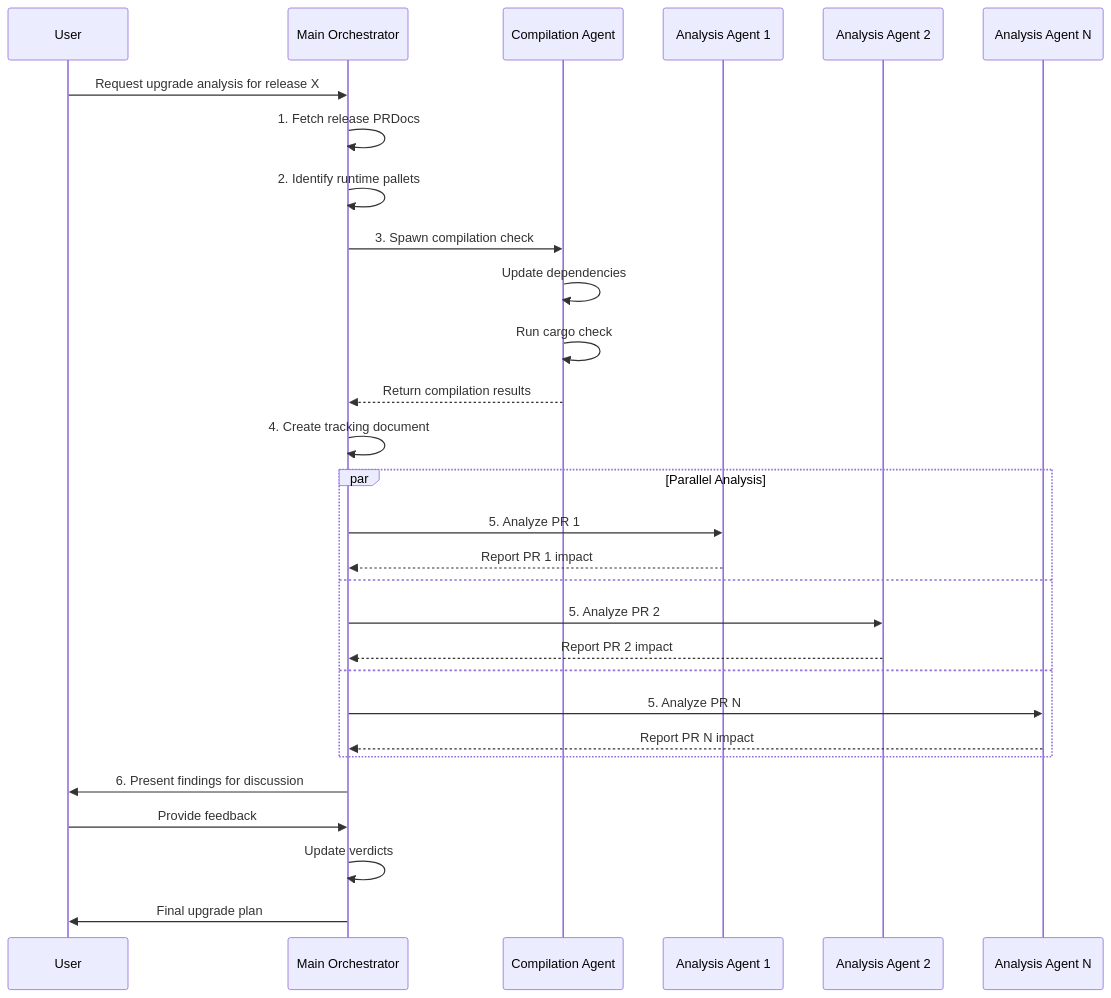
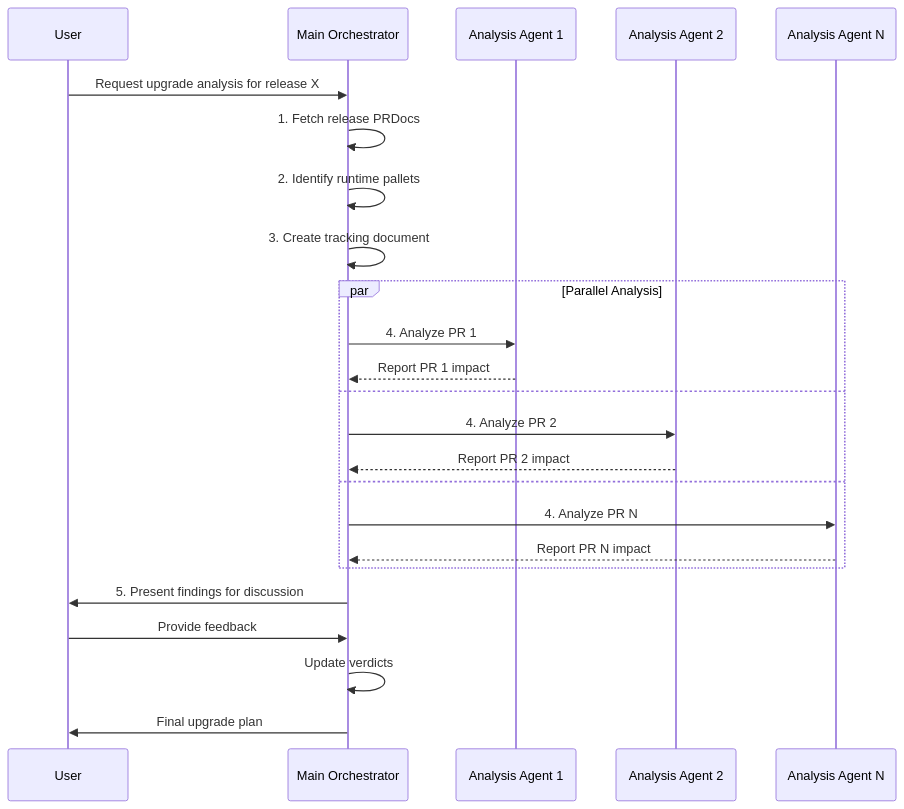
Before and after one commit to Moonsong-Labs/substrate-mcp: the second of 2 diagrams in src/service/prompts/polkadot_upgrade/README.md, drawn with Mermaid. The commit also changed other lines of this file and 1 other file, not shown here.

Commit message:
remove compilation sub agent from workflow

````diff
--- a/src/service/prompts/polkadot_upgrade/README.md
+++ b/src/service/prompts/polkadot_upgrade/README.md
@@ -92,34 +77,29 @@
 ```mermaid
 sequenceDiagram
     participant U as User
     participant M as Main Orchestrator
-    participant C as Compilation Agent
     participant A1 as Analysis Agent 1
     participant A2 as Analysis Agent 2
     participant AN as Analysis Agent N
 
     U->>M: Request upgrade analysis for release X
     M->>M: 1. Fetch release PRDocs
     M->>M: 2. Identify runtime pallets
-    M->>C: 3. Spawn compilation check
-    C->>C: Update dependencies
-    C->>C: Run cargo check
-    C-->>M: Return compilation results
-    M->>M: 4. Create tracking document
+    M->>M: 3. Create tracking document
 
     par Parallel Analysis
-        M->>A1: 5. Analyze PR 1
+        M->>A1: 4. Analyze PR 1
         A1-->>M: Report PR 1 impact
     and
-        M->>A2: 5. Analyze PR 2
+        M->>A2: 4. Analyze PR 2
         A2-->>M: Report PR 2 impact
     and
-        M->>AN: 5. Analyze PR N
+        M->>AN: 4. Analyze PR N
         AN-->>M: Report PR N impact
     end
 
-    M->>U: 6. Present findings for discussion
+    M->>U: 5. Present findings for discussion
     U->>M: Provide feedback
     M->>M: Update verdicts
     M->>U: Final upgrade plan
 ```
````
